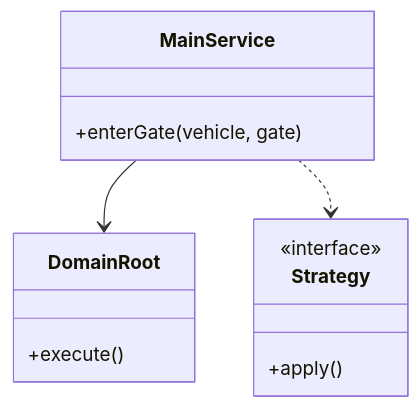
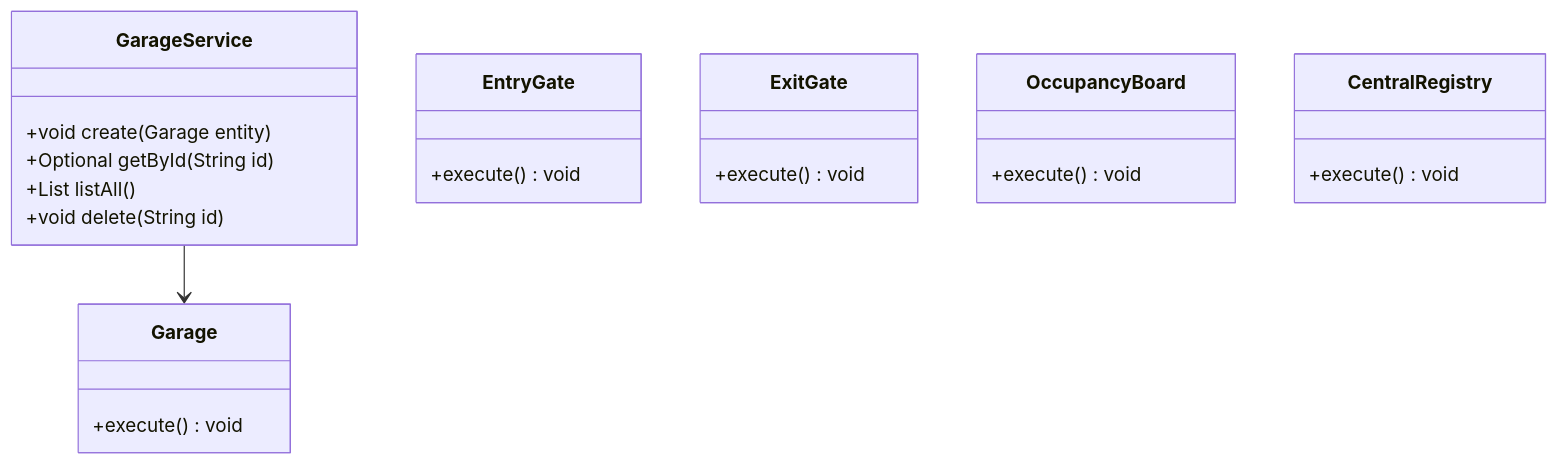
Before and after one commit to madhupaila/Interview-Prep-SSE: the first of 3 diagrams in Learn/System Design - Low Level Design/02-classic-ood/questions/Q38-parking-garage.md, drawn with Mermaid. The commit also changed other lines of this file and 491 other files, not shown here.

````diff
--- a/Learn/System Design - Low Level Design/02-classic-ood/questions/Q38-parking-garage.md
+++ b/Learn/System Design - Low Level Design/02-classic-ood/questions/Q38-parking-garage.md
@@ -75,15 +89,25 @@
 ```mermaid
 classDiagram
-    class MainService {
-        +enterGate(vehicle, gate)
+    class GarageService {
+        +void create(Garage entity)
+        +Optional<Garage> getById(String id)
+        +List<Garage> listAll()
+        +void delete(String id)
     }
-    class DomainRoot {
-        +execute()
+    class Garage {
+        +execute() void
     }
-    class Strategy {
-        <<interface>>
-        +apply()
+    class EntryGate {
+        +execute() void
     }
-    MainService --> DomainRoot
-    MainService ..> Strategy
+    class ExitGate {
+        +execute() void
+    }
+    class OccupancyBoard {
+        +execute() void
+    }
+    class CentralRegistry {
+        +execute() void
+    }
+    GarageService --> Garage
 ```
````
